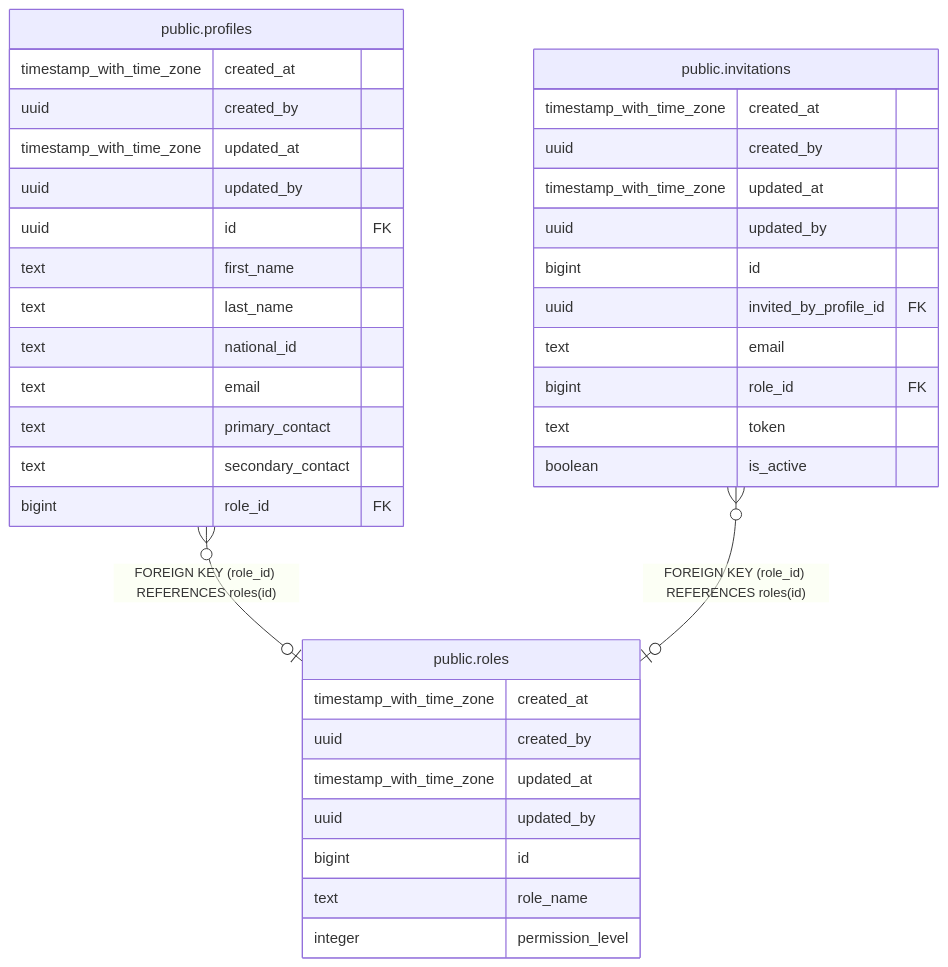
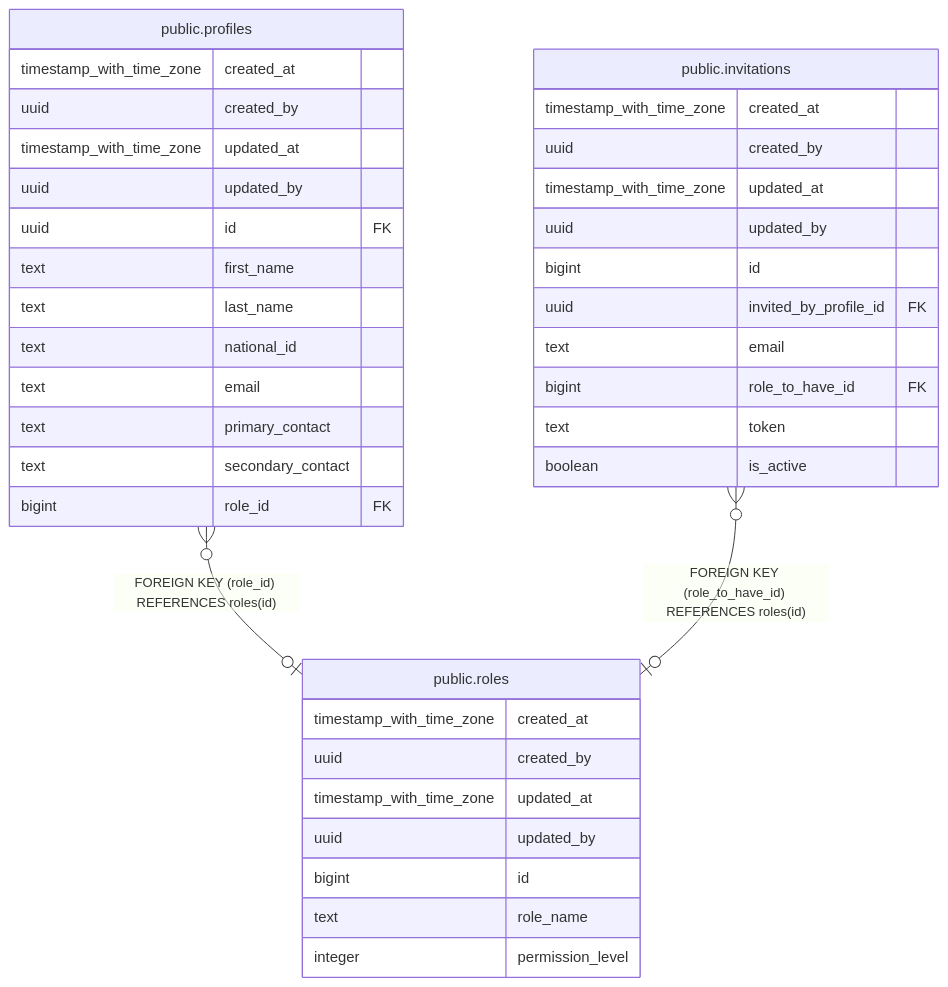
One commit to icristianhernandez/academic-service-backend changed the diagram in docs/db/tbls/public.roles.md. Above: the diagram before and after it, drawn with Mermaid. The commit also changed 16 other files, not shown here.

````diff
--- a/docs/db/tbls/public.roles.md
+++ b/docs/db/tbls/public.roles.md
@@ -40,42 +40,42 @@
 ```mermaid
 erDiagram
 
 "public.profiles" }o--o| "public.roles" : "FOREIGN KEY (role_id) REFERENCES roles(id)"
-"public.invitations" }o--o| "public.roles" : "FOREIGN KEY (role_id) REFERENCES roles(id)"
+"public.invitations" }o--o| "public.roles" : "FOREIGN KEY (role_to_have_id) REFERENCES roles(id)"
 
 "public.roles" {
   timestamp_with_time_zone created_at ""
   uuid created_by ""
   timestamp_with_time_zone updated_at ""
   uuid updated_by ""
   bigint id ""
   text role_name ""
   integer permission_level ""
 }
 "public.profiles" {
   timestamp_with_time_zone created_at ""
   uuid created_by ""
   timestamp_with_time_zone updated_at ""
   uuid updated_by ""
   uuid id FK ""
   text first_name ""
   text last_name ""
   text national_id ""
   text email ""
   text primary_contact ""
   text secondary_contact ""
   bigint role_id FK ""
 }
 "public.invitations" {
   timestamp_with_time_zone created_at ""
   uuid created_by ""
   timestamp_with_time_zone updated_at ""
   uuid updated_by ""
   bigint id ""
   uuid invited_by_profile_id FK ""
   text email ""
-  bigint role_id FK ""
+  bigint role_to_have_id FK ""
   text token ""
   boolean is_active ""
 }
 ```
````
